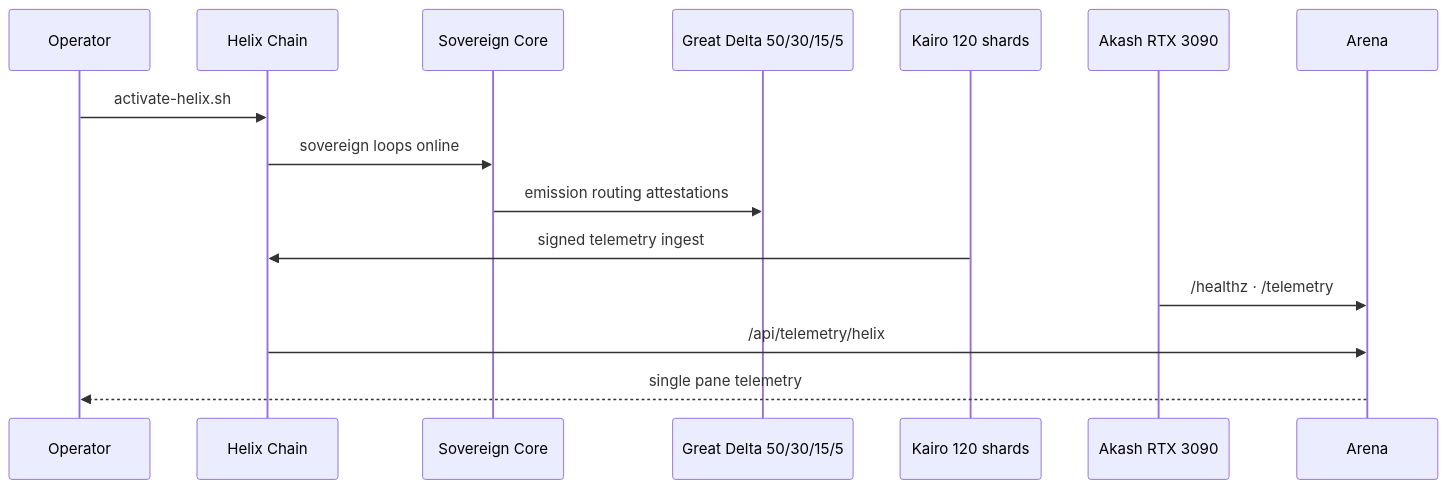
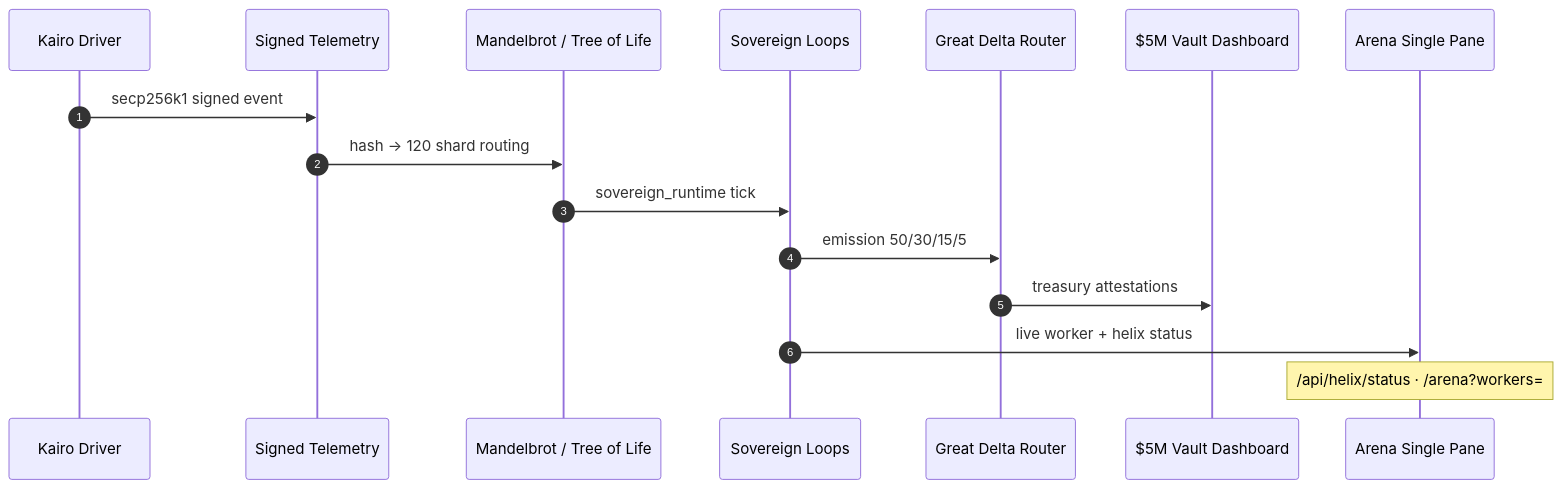
Before and after one commit to Yield-Swarm/yieldswarm-agent-swarm-v2: the fourth of 4 diagrams in docs/HELIX_SINGLE_PANE.md, drawn with Mermaid. The commit also changed other lines of this file, not shown here.

Commit message:
docs: GitHub Mermaid single pane — Helix Chain + 35 layers + 17 domains

````diff
--- a/docs/HELIX_SINGLE_PANE.md
+++ b/docs/HELIX_SINGLE_PANE.md
@@ -99,18 +229,19 @@
 ```mermaid
 sequenceDiagram
-  participant Op as Operator
-  participant HX as Helix Chain
-  participant SOV as Sovereign Core
-  participant GD as Great Delta 50/30/15/5
-  participant K as Kairo 120 shards
-  participant A as Akash RTX 3090
-  participant AR as Arena
+  autonumber
+  participant D as Kairo Driver
+  participant T as Signed Telemetry
+  participant M as Mandelbrot / Tree of Life
+  participant S as Sovereign Loops
+  participant G as Great Delta Router
+  participant V as $5M Vault Dashboard
+  participant A as Arena Single Pane
 
-  Op->>HX: activate-helix.sh
-  HX->>SOV: sovereign loops online
-  SOV->>GD: emission routing attestations
-  K->>HX: signed telemetry ingest
-  A->>AR: /healthz · /telemetry
-  HX->>AR: /api/telemetry/helix
-  AR-->>Op: single pane telemetry
+  D->>T: secp256k1 signed event
+  T->>M: hash → 120 shard routing
+  M->>S: sovereign_runtime tick
+  S->>G: emission 50/30/15/5
+  G->>V: treasury attestations
+  S->>A: live worker + helix status
+  Note over A: /api/helix/status · /arena?workers=
 ```
````
